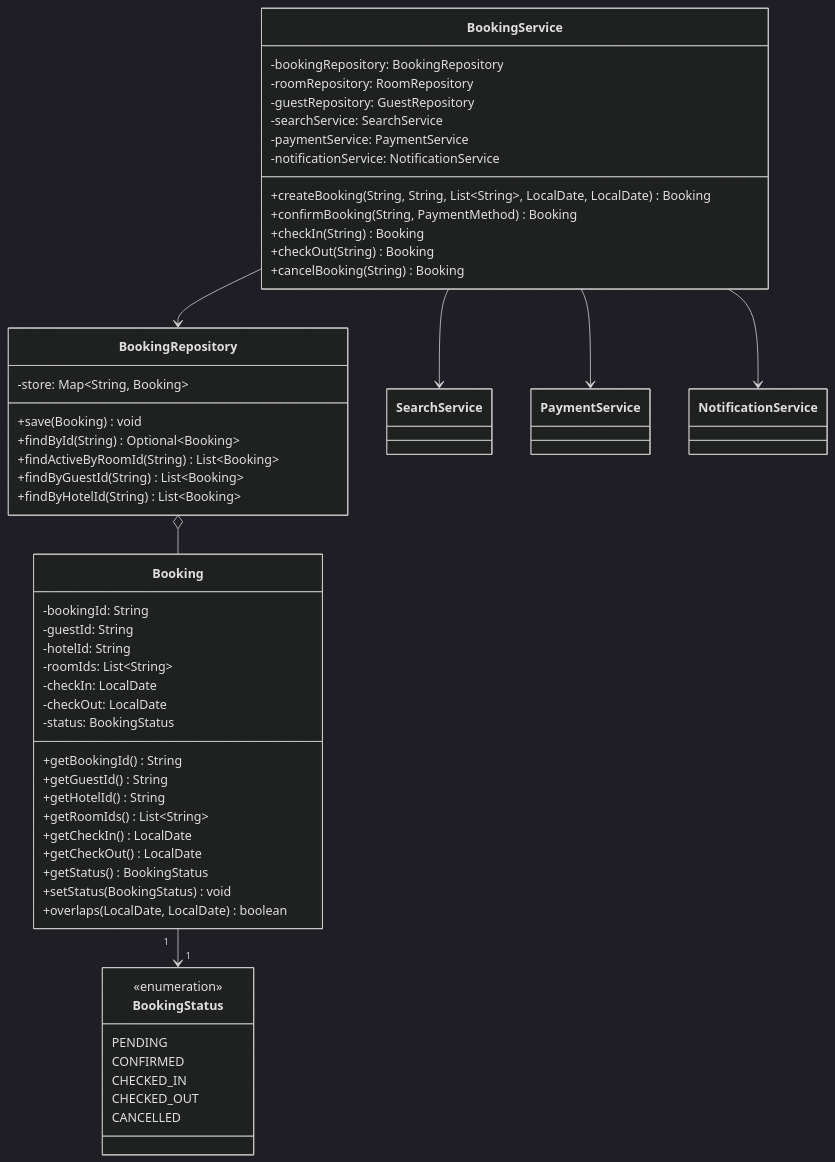
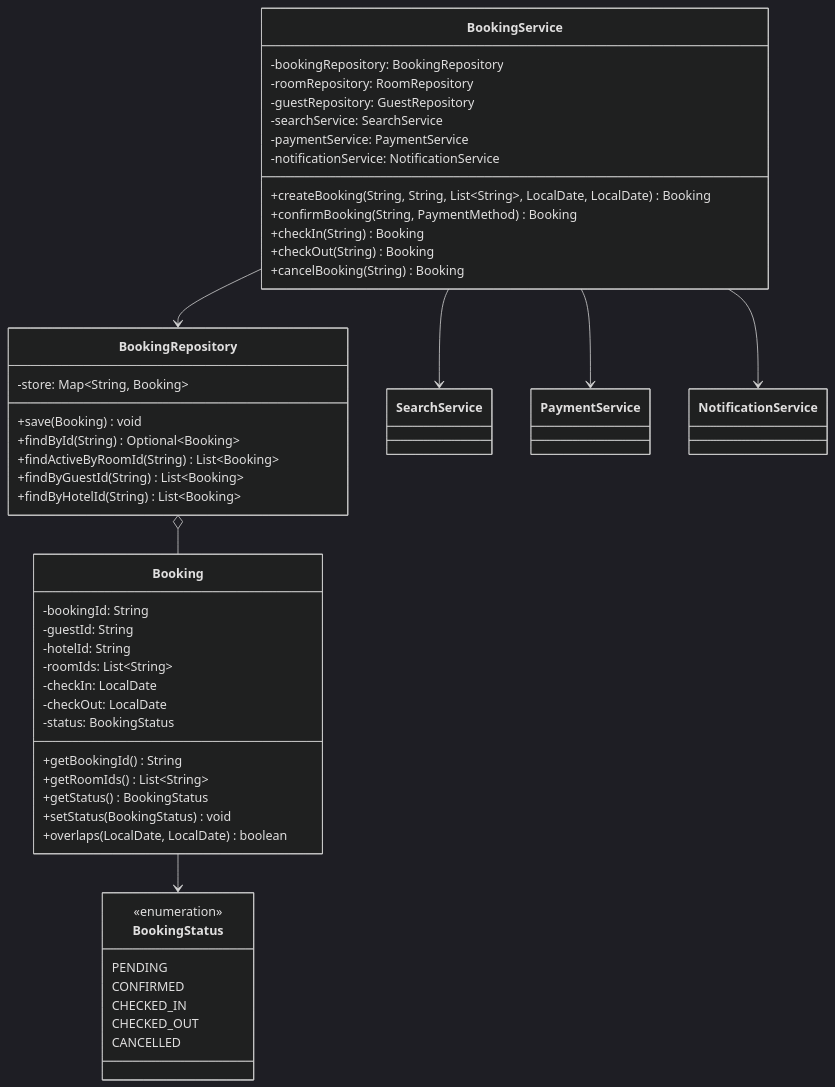
Before and after one commit to Arnavjain1703/LLD: the fourth of 8 diagrams in HotelManagement/HMS_Class_Diagrams.md, drawn with Mermaid (dark theme). The commit also changed other lines of this file, not shown here.

````diff
--- a/HotelManagement/HMS_Class_Diagrams.md
+++ b/HotelManagement/HMS_Class_Diagrams.md
@@ -203,60 +220,56 @@
 ```mermaid
 classDiagram
     class Booking {
         -bookingId: String
         -guestId: String
         -hotelId: String
         -roomIds: List~String~
         -checkIn: LocalDate
         -checkOut: LocalDate
         -status: BookingStatus
         +getBookingId() String
-        +getGuestId() String
-        +getHotelId() String
         +getRoomIds() List~String~
-        +getCheckIn() LocalDate
-        +getCheckOut() LocalDate
         +getStatus() BookingStatus
         +setStatus(BookingStatus) void
         +overlaps(LocalDate, LocalDate) boolean
     }
 
     class BookingStatus {
         <<enumeration>>
         PENDING
         CONFIRMED
         CHECKED_IN
         CHECKED_OUT
         CANCELLED
     }
 
     class BookingRepository {
         -store: Map~String, Booking~
         +save(Booking) void
         +findById(String) Optional~Booking~
         +findActiveByRoomId(String) List~Booking~
         +findByGuestId(String) List~Booking~
         +findByHotelId(String) List~Booking~
     }
 
     class BookingService {
         -bookingRepository: BookingRepository
         -roomRepository: RoomRepository
         -guestRepository: GuestRepository
         -searchService: SearchService
         -paymentService: PaymentService
         -notificationService: NotificationService
         +createBooking(String, String, List~String~, LocalDate, LocalDate) Booking
         +confirmBooking(String, PaymentMethod) Booking
         +checkIn(String) Booking
         +checkOut(String) Booking
         +cancelBooking(String) Booking
     }
 
-    Booking       "1" --> "1"  BookingStatus
+    Booking       --> BookingStatus
     BookingRepository  o-- Booking
     BookingService --> BookingRepository
     BookingService --> SearchService
     BookingService --> PaymentService
     BookingService --> NotificationService
 ```
````
